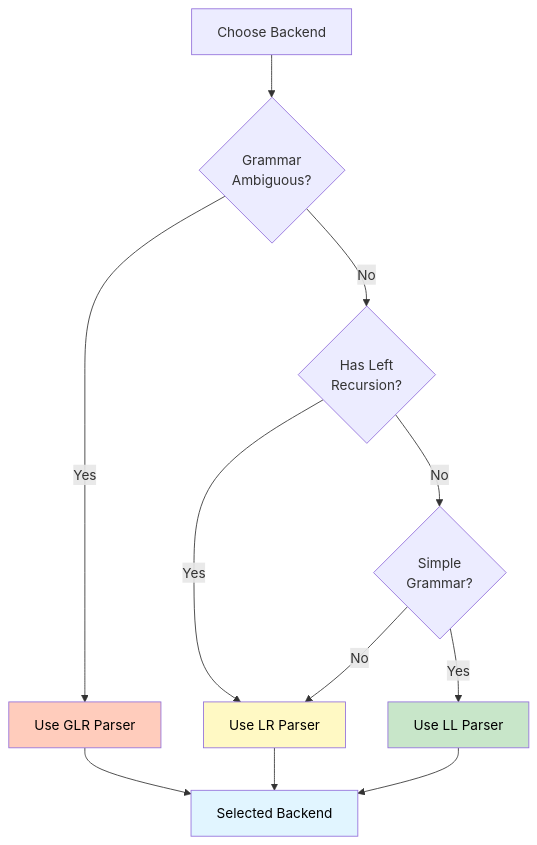
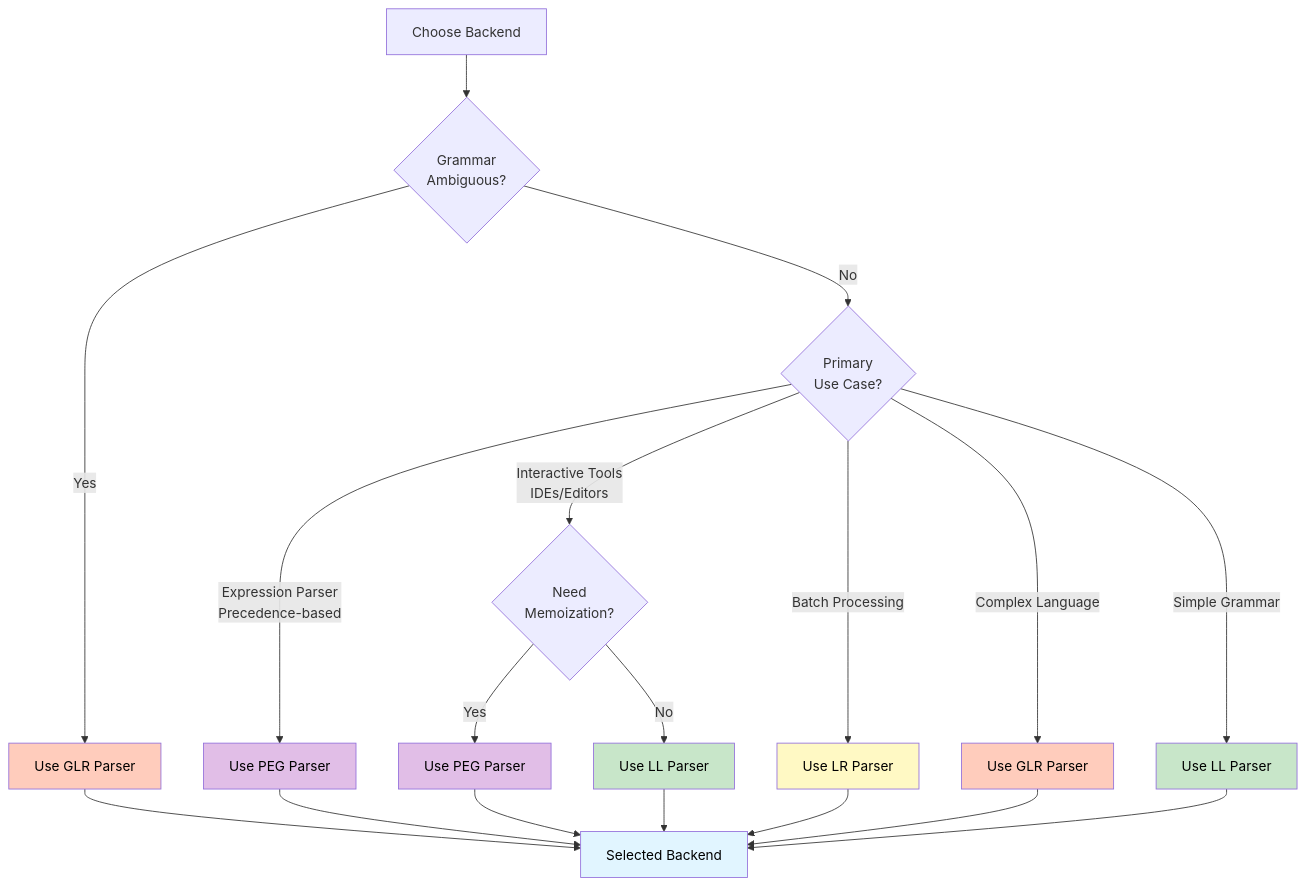
One commit to sipha-parser/sipha changed the diagram in doc/src/backends/overview.md. Above: the diagram before and after it, drawn with Mermaid. The commit also changed other lines of this file and 16 other files, not shown here.

````diff
--- a/doc/src/backends/overview.md
+++ b/doc/src/backends/overview.md
@@ -77,19 +87,32 @@
 ```mermaid
 flowchart TD
     Start[Choose Backend] --> Ambiguous{Grammar<br/>Ambiguous?}
     Ambiguous -->|Yes| GLR[Use GLR Parser]
-    Ambiguous -->|No| LeftRec{Has Left<br/>Recursion?}
-    LeftRec -->|Yes| LR[Use LR Parser]
-    LeftRec -->|No| Simple{Simple<br/>Grammar?}
-    Simple -->|Yes| LL[Use LL Parser]
-    Simple -->|No| LR
+    Ambiguous -->|No| UseCase{Primary<br/>Use Case?}
+    
+    UseCase -->|Expression Parser<br/>Precedence-based| PEG1[Use PEG Parser]
+    UseCase -->|Interactive Tools<br/>IDEs/Editors| Interactive{Need<br/>Memoization?}
+    UseCase -->|Batch Processing| LR[Use LR Parser]
+    UseCase -->|Complex Language| GLR2[Use GLR Parser]
+    UseCase -->|Simple Grammar| LL[Use LL Parser]
+    
+    Interactive -->|Yes| PEG2[Use PEG Parser]
+    Interactive -->|No| LL2[Use LL Parser]
     
     GLR --> End[Selected Backend]
+    GLR2 --> End
     LR --> End
     LL --> End
+    LL2 --> End
+    PEG1 --> End
+    PEG2 --> End
     
     style GLR fill:#ffccbc,color:#000000
+    style GLR2 fill:#ffccbc,color:#000000
     style LR fill:#fff9c4,color:#000000
     style LL fill:#c8e6c9,color:#000000
+    style LL2 fill:#c8e6c9,color:#000000
+    style PEG1 fill:#e1bee7,color:#000000
+    style PEG2 fill:#e1bee7,color:#000000
     style End fill:#e1f5ff,color:#000000
 ```
````
